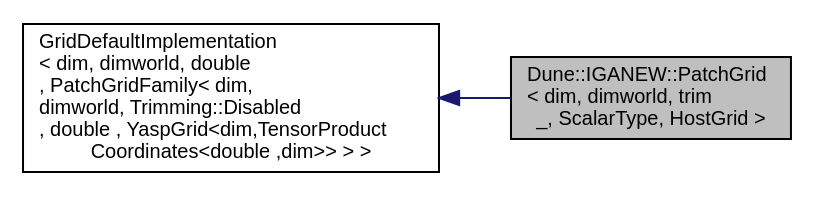
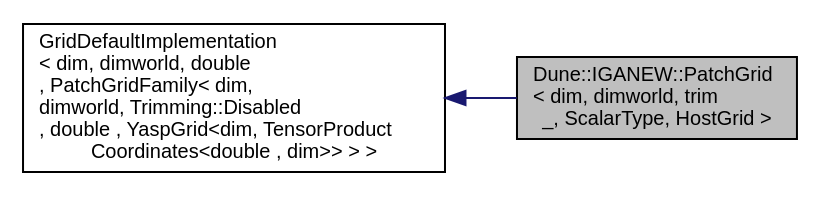
The diagram in d2/dd5/a01002.dot (rath3t/dune-iga-doc), drawn with Graphviz before and after one commit. The commit also changed 115 other files, not shown here.

```diff
--- a/d2/dd5/a01002.dot
+++ b/d2/dd5/a01002.dot
@@ -1,10 +1,10 @@
 digraph "Dune::IGANEW::PatchGrid&lt; dim, dimworld, trim_, ScalarType, HostGrid &gt;"
 {
  // LATEX_PDF_SIZE
   edge [fontname="Helvetica",fontsize="10",labelfontname="Helvetica",labelfontsize="10"];
   node [fontname="Helvetica",fontsize="10",shape=record];
   rankdir="LR";
   Node1 [label="Dune::IGANEW::PatchGrid\l\< dim, dimworld, trim\l_, ScalarType, HostGrid \>",height=0.2,width=0.4,color="black", fillcolor="grey75", style="filled", fontcolor="black",tooltip="Provides a meta grid that is identical to its host."];
   Node2 -> Node1 [dir="back",color="midnightblue",fontsize="10",style="solid",fontname="Helvetica"];
-  Node2 [label="GridDefaultImplementation\l\< dim, dimworld, double\l , PatchGridFamily\< dim,\l dimworld, Trimming::Disabled\l , double , YaspGrid\<dim,TensorProduct\lCoordinates\<double ,dim\>\>  \> \>",height=0.2,width=0.4,color="black", fillcolor="white", style="filled",tooltip=" "];
+  Node2 [label="GridDefaultImplementation\l\< dim, dimworld, double\l , PatchGridFamily\< dim,\l dimworld, Trimming::Disabled\l , double , YaspGrid\<dim, TensorProduct\lCoordinates\<double , dim\>\>  \> \>",height=0.2,width=0.4,color="black", fillcolor="white", style="filled",tooltip=" "];
 }
```
